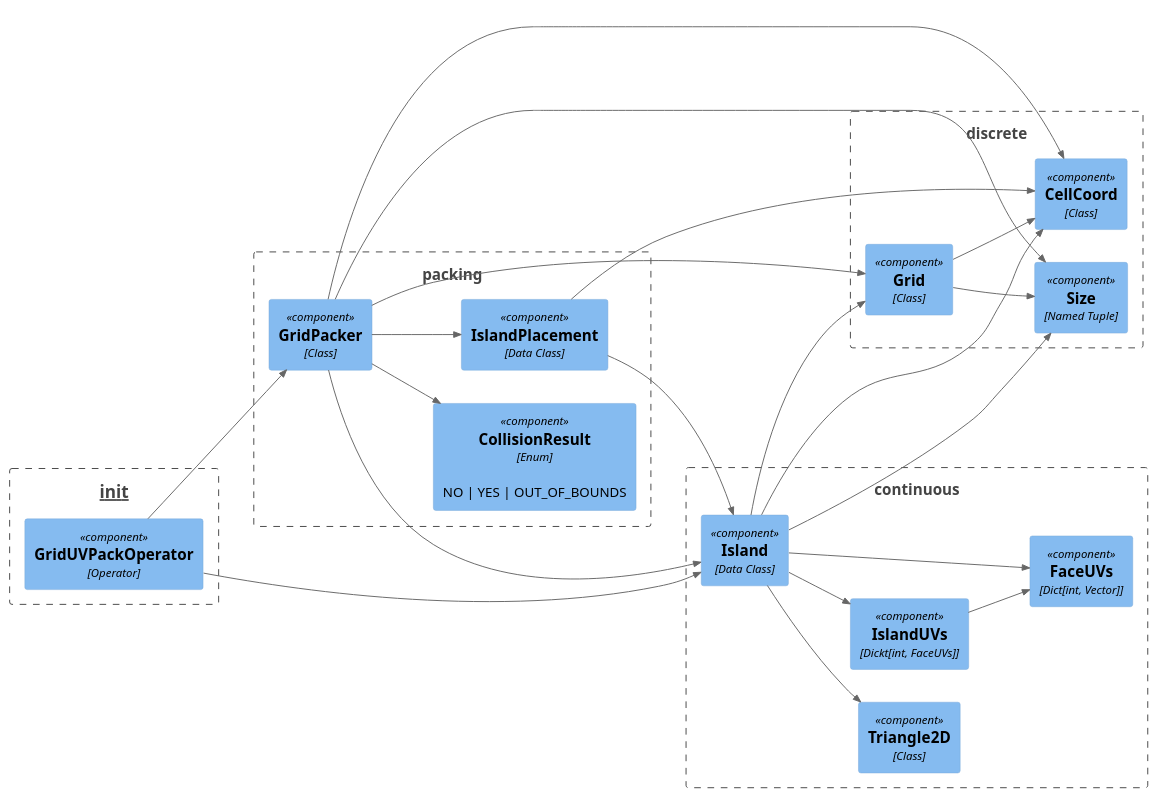
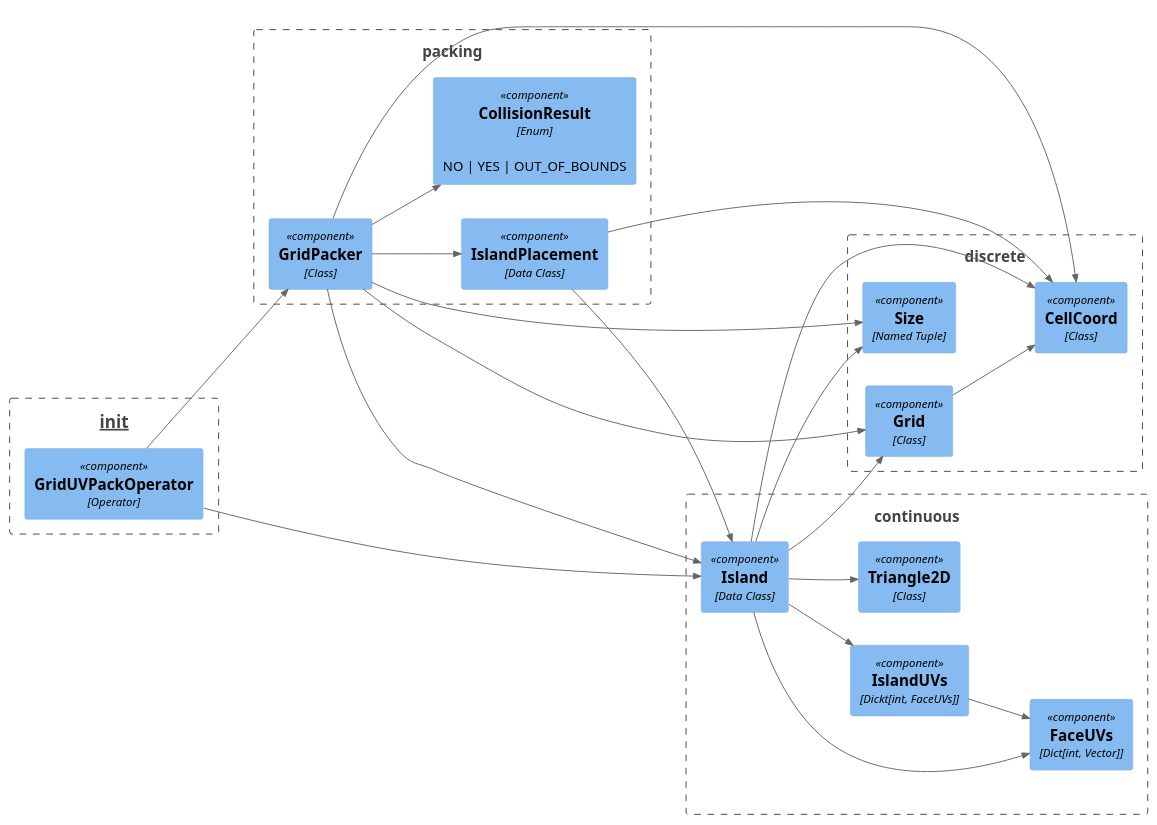
The diagram in doc/arch/Component_Diagram.plantuml (muhuk/grid-uv-packer), drawn with PlantUML before and after one commit. The commit also changed 3 other files, not shown here.

Commit message:
Use width & height attrs directly in Grid, instead of a Size.

```diff
--- a/doc/arch/Component_Diagram.plantuml
+++ b/doc/arch/Component_Diagram.plantuml
@@ -1,54 +1,53 @@
 @startuml Component_Diagram
 !include ../c4/C4_Component.puml
 LAYOUT_LEFT_RIGHT()
 
 Boundary(moduleInit, "__init__") {
   Component(gridUvPackOperator, "GridUVPackOperator", "Operator")
 }
 
 Boundary(moduleContinuous, "continuous") {
   Component(faceUvs, "FaceUVs", "Dict[int, Vector]")
   Component(islandUvs, "IslandUVs", "Dickt[int, FaceUVs]")
   Component(island, "Island", "Data Class")
   Component(triangle2d, "Triangle2D", "Class")
 
   Rel(island, faceUvs, " ")
   Rel(island, islandUvs, " ")
   Rel(island, triangle2d, " ")
 
   Rel(islandUvs, faceUvs, " ")
 }
 
 Boundary(moduleData, "packing") {
   Component(collisionResult, "CollisionResult", "Enum", "NO | YES | OUT_OF_BOUNDS")
   Component(gridPacker, "GridPacker", "Class")
   Component(islandPlacement, "IslandPlacement", "Data Class")
 
   Rel(gridPacker, collisionResult, " ")
   Rel(gridPacker, islandPlacement, " ")
 }
 
 Boundary(moduleDiscrete, "discrete") {
   Component(cellCoord, "CellCoord", "Class")
   Component(grid, "Grid", "Class")
   Component(size, "Size", "Named Tuple")
 
   Rel(grid, cellCoord, " ")
-  Rel(grid, size, " ")
 }
 
 Rel(gridUvPackOperator, gridPacker, " ")
 Rel(gridUvPackOperator, island, " ")
 
 Rel(gridPacker, cellCoord, " ")
 Rel(gridPacker, grid, " ")
 Rel(gridPacker, island, " ")
 Rel(gridPacker, size, " ")
 
 Rel(island, cellCoord, " ")
 Rel(island, grid, " ")
 Rel(island, size, " ")
 
 Rel(islandPlacement, island, " ")
 Rel(islandPlacement, cellCoord, " ")
 @enduml
```
